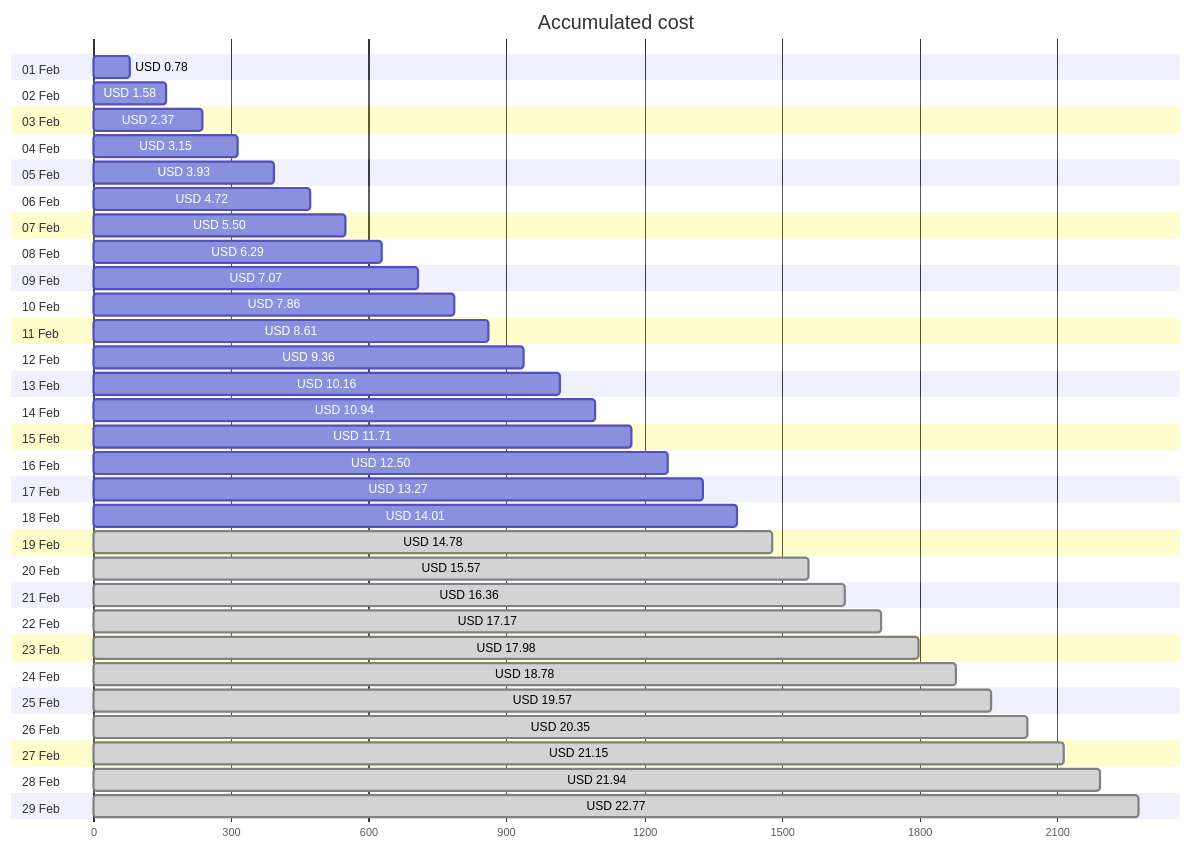
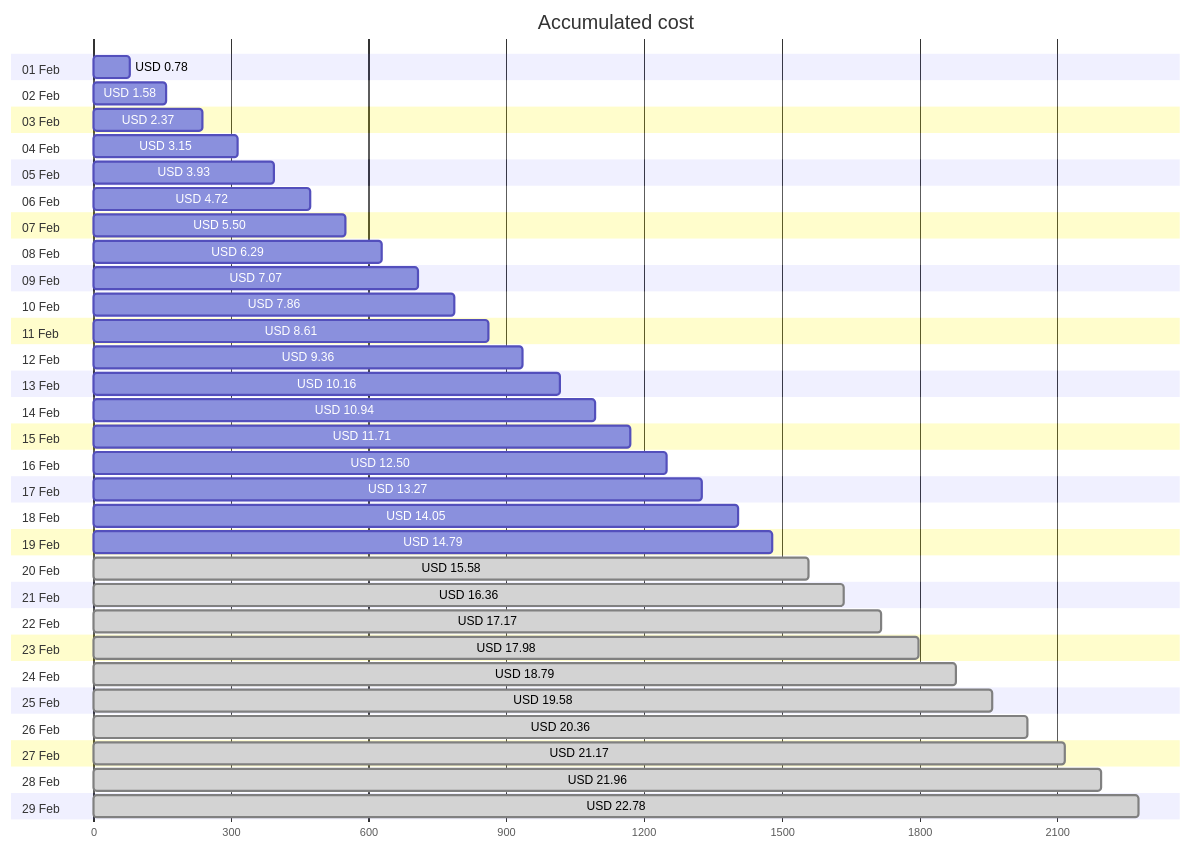
Before and after one commit to jpfulton/azure-personal-reports: the first of 4 diagrams in cost-reports/personal-network/backup-server-data-disk.md, drawn with Mermaid. The commit also changed other lines of this file and 8 other files, not shown here.

````diff
--- a/cost-reports/personal-network/backup-server-data-disk.md
+++ b/cost-reports/personal-network/backup-server-data-disk.md
@@ -20,64 +20,64 @@
 ```mermaid
 gantt
    title Accumulated cost
    dateFormat  X
    axisFormat %s
    section 01 Feb
    USD 0.78 :0, 78
    section 02 Feb
    USD 1.58 :0, 158
    section 03 Feb
    USD 2.37 :0, 237
    section 04 Feb
    USD 3.15 :0, 315
    section 05 Feb
    USD 3.93 :0, 393
    section 06 Feb
    USD 4.72 :0, 472
    section 07 Feb
    USD 5.50 :0, 550
    section 08 Feb
    USD 6.29 :0, 629
    section 09 Feb
    USD 7.07 :0, 707
    section 10 Feb
    USD 7.86 :0, 786
    section 11 Feb
    USD 8.61 :0, 861
    section 12 Feb
    USD 9.36 :0, 936
    section 13 Feb
    USD 10.16 :0, 1016
    section 14 Feb
    USD 10.94 :0, 1094
    section 15 Feb
    USD 11.71 :0, 1171
    section 16 Feb
    USD 12.50 :0, 1250
    section 17 Feb
    USD 13.27 :0, 1327
    section 18 Feb
-   USD 14.01 :0, 1401
+   USD 14.05 :0, 1405
    section 19 Feb
-   USD 14.78 : done, 0, 1478
+   USD 14.79 :0, 1479
    section 20 Feb
-   USD 15.57 : done, 0, 1557
+   USD 15.58 : done, 0, 1558
    section 21 Feb
    USD 16.36 : done, 0, 1636
    section 22 Feb
    USD 17.17 : done, 0, 1717
    section 23 Feb
    USD 17.98 : done, 0, 1798
    section 24 Feb
-   USD 18.78 : done, 0, 1878
+   USD 18.79 : done, 0, 1879
    section 25 Feb
-   USD 19.57 : done, 0, 1957
+   USD 19.58 : done, 0, 1958
    section 26 Feb
-   USD 20.35 : done, 0, 2035
+   USD 20.36 : done, 0, 2036
    section 27 Feb
-   USD 21.15 : done, 0, 2115
+   USD 21.17 : done, 0, 2117
    section 28 Feb
-   USD 21.94 : done, 0, 2194
+   USD 21.96 : done, 0, 2196
    section 29 Feb
-   USD 22.77 : done, 0, 2277
+   USD 22.78 : done, 0, 2278
 ```
````
